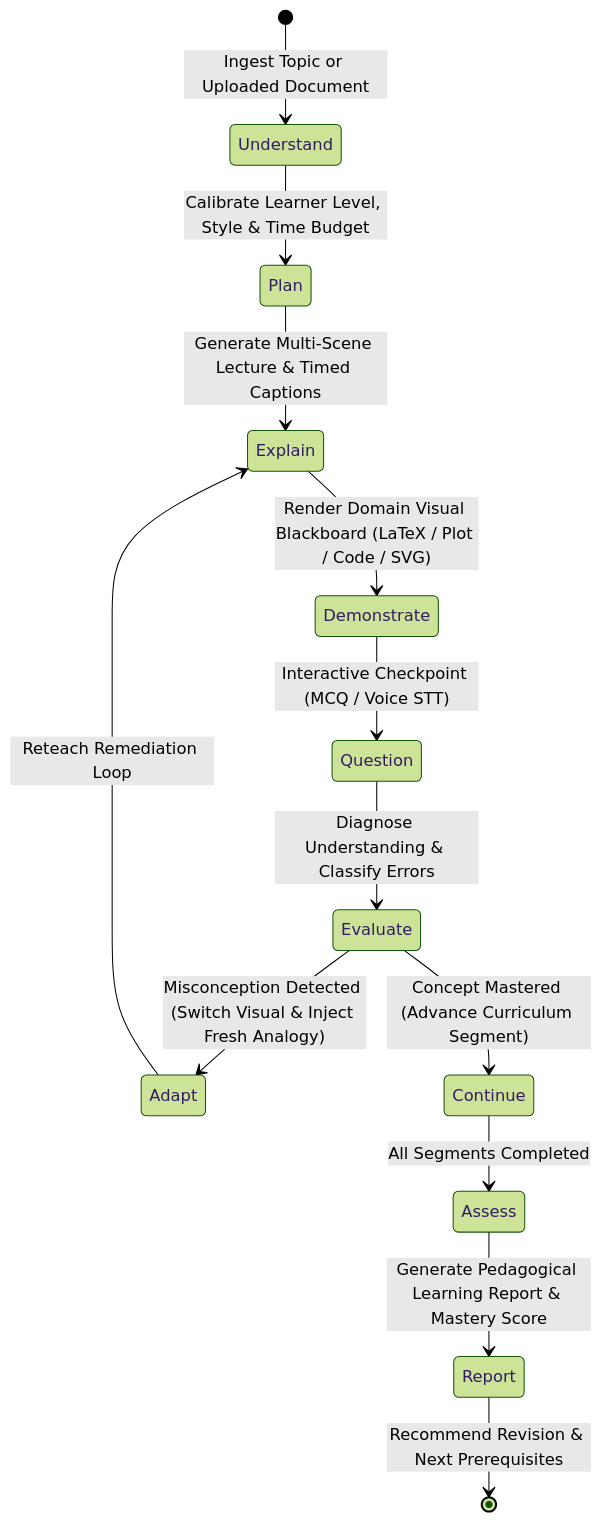
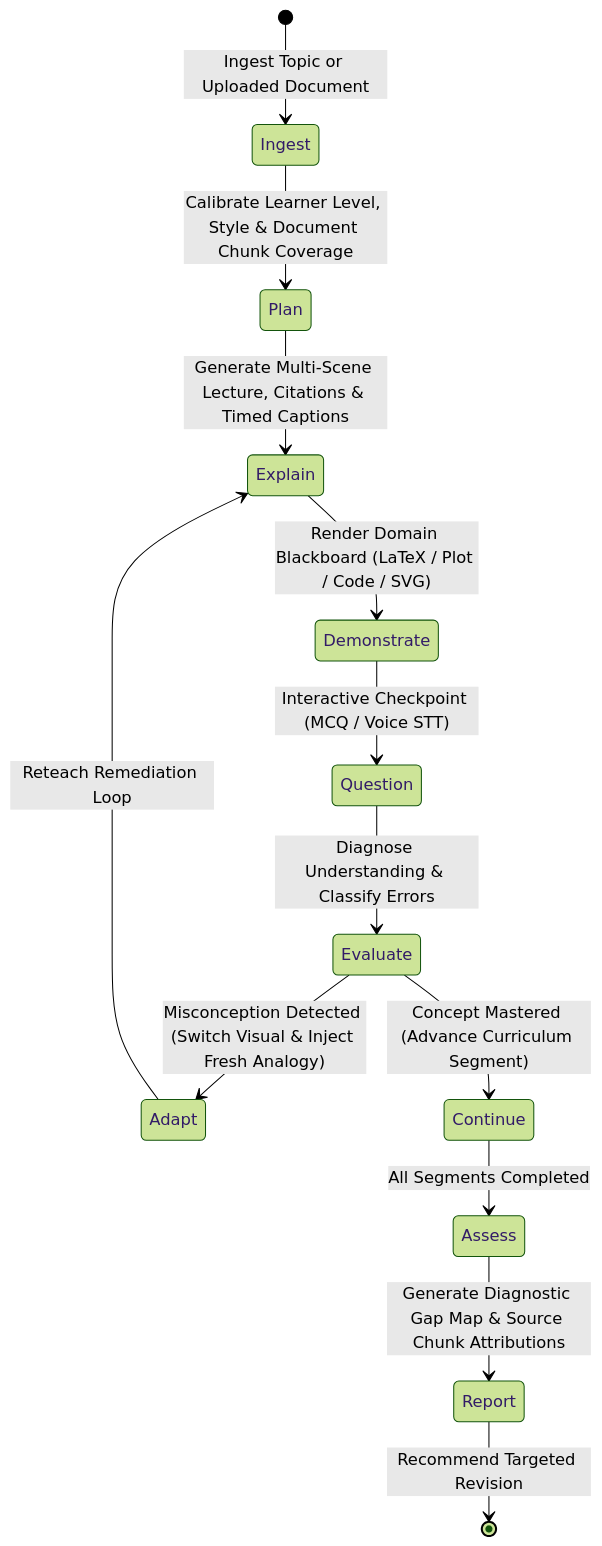
One commit to Akshat-coder-101/AI-INNOVATION- changed the third of 3 diagrams in README.md. Above: the diagram before and after it, drawn with Mermaid (forest theme). The commit also changed other lines of this file and 56 other files, not shown here.

````diff
--- a/README.md
+++ b/README.md
@@ -112,15 +128,15 @@
 ```mermaid
 stateDiagram-v2
-    [*] --> Understand: Ingest Topic or Uploaded Document
-    Understand --> Plan: Calibrate Learner Level, Style & Time Budget
-    Plan --> Explain: Generate Multi-Scene Lecture & Timed Captions
-    Explain --> Demonstrate: Render Domain Visual Blackboard (LaTeX / Plot / Code / SVG)
+    [*] --> Ingest: Ingest Topic or Uploaded Document
+    Ingest --> Plan: Calibrate Learner Level, Style & Document Chunk Coverage
+    Plan --> Explain: Generate Multi-Scene Lecture, Citations & Timed Captions
+    Explain --> Demonstrate: Render Domain Blackboard (LaTeX / Plot / Code / SVG)
     Demonstrate --> Question: Interactive Checkpoint (MCQ / Voice STT)
     Question --> Evaluate: Diagnose Understanding & Classify Errors
     Evaluate --> Adapt: Misconception Detected (Switch Visual & Inject Fresh Analogy)
     Adapt --> Explain: Reteach Remediation Loop
     Evaluate --> Continue: Concept Mastered (Advance Curriculum Segment)
     Continue --> Assess: All Segments Completed
-    Assess --> Report: Generate Pedagogical Learning Report & Mastery Score
-    Report --> [*]: Recommend Revision & Next Prerequisites
+    Assess --> Report: Generate Diagnostic Gap Map & Source Chunk Attributions
+    Report --> [*]: Recommend Targeted Revision
 ```
````
